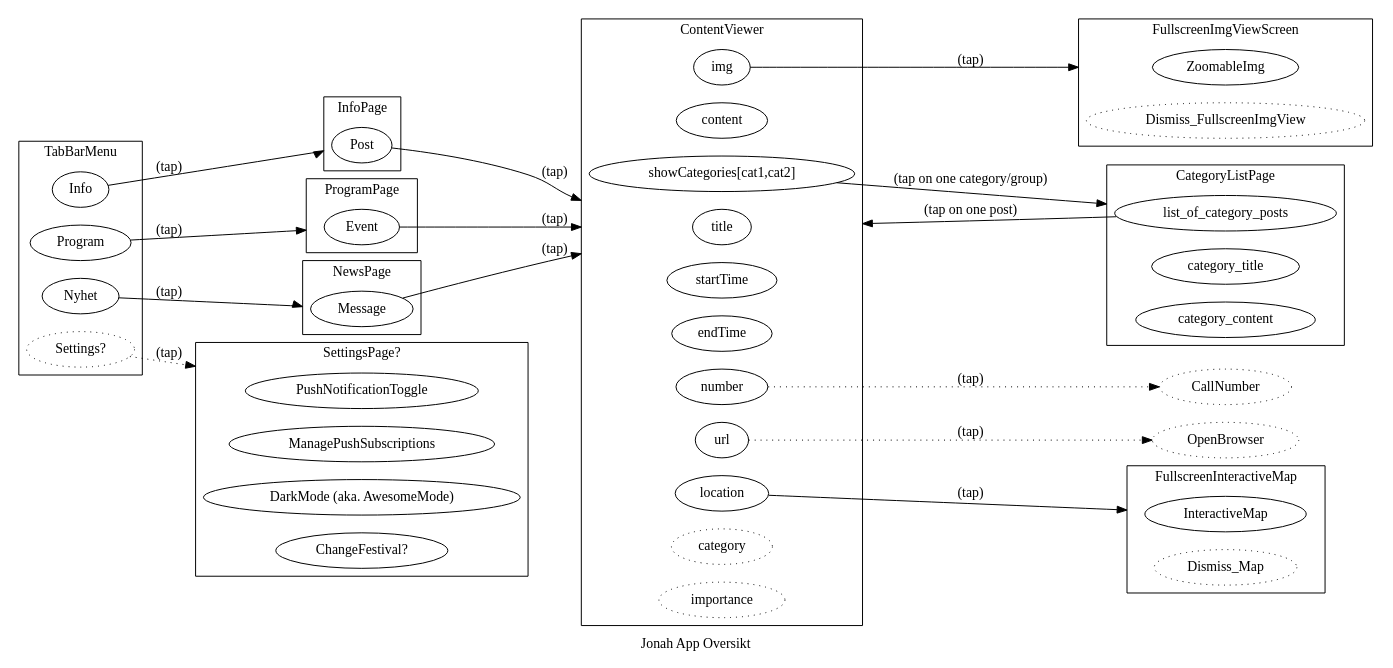
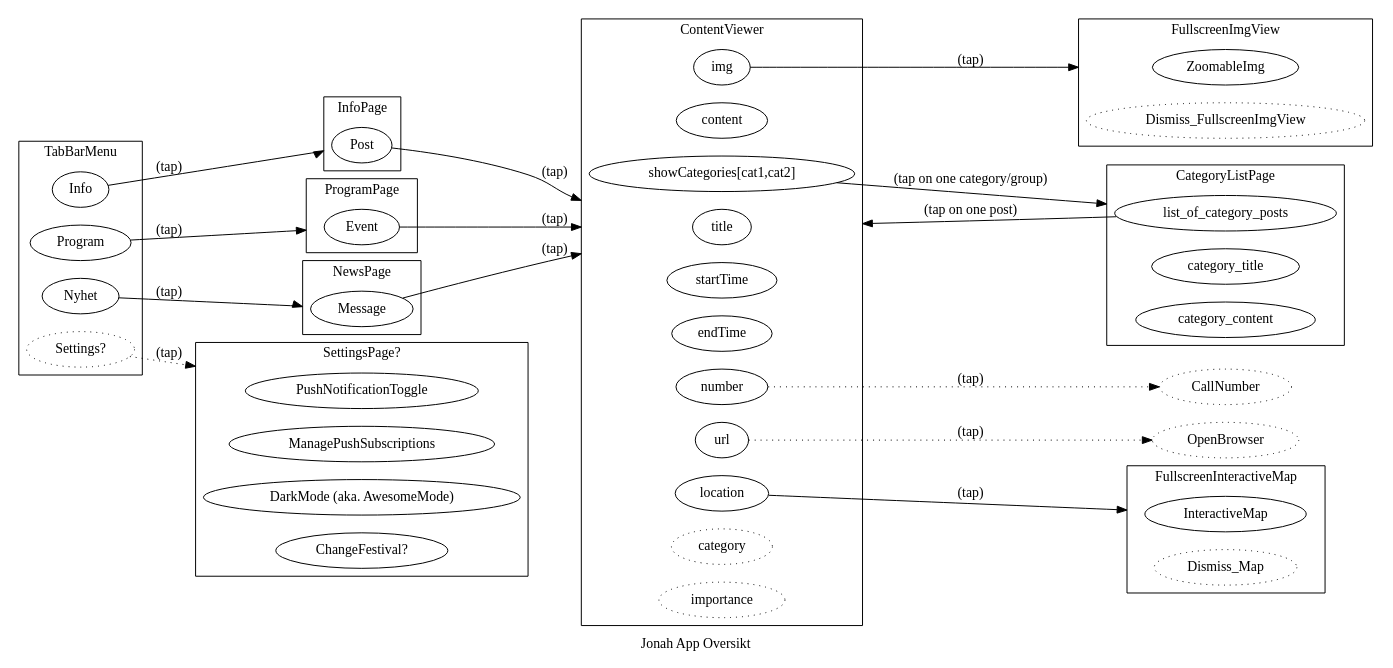
The diagram in app-overview.dot (kodekameratene/Oase), drawn with Graphviz before and after one commit.

Commit message:
update naming

```diff
--- a/app-overview.dot
+++ b/app-overview.dot
@@ -1,85 +1,85 @@
 digraph jonah {
     label = "Jonah App Oversikt" 
     rankdir=LR 
     compound=true
     subgraph cluster_menu{
         label = TabBarMenu
         Info
         Program
         Nyhet
         "Settings?"[style=dotted]
     } 
     Info->Post[lhead=cluster_InfoPage,label="(tap)"];
     Program->Event[lhead=cluster_ProgramPage,label="(tap)"]
     Nyhet->Message[lhead=cluster_NewsPage,label="(tap)"]
     "Settings?"-> PushNotificationToggle[lhead=cluster_SettingsPage,label="(tap)",style=dotted]
   
     subgraph cluster_NewsPage{
         label=NewsPage
         Message
     }
     Message->title[lhead=cluster_ContentViewer,label="(tap)"]
 
     subgraph cluster_ProgramPage{
         label=ProgramPage
         Event
     }
     Event->title[lhead=cluster_ContentViewer,label="(tap)"]
     
     subgraph cluster_InfoPage{
         label=InfoPage
         Post
     }
     Post->title[lhead=cluster_ContentViewer,label="(tap)"]
 
     subgraph cluster_ContentViewer{
         label = ContentViewer
         title
         content
         img
         "showCategories[cat1,cat2]"
         startTime
         endTime
         number
         url
         location
         category[style=dotted]
         importance[style=dotted]
     }
     number -> CallNumber[style=dotted,label="(tap)"]
     CallNumber[style=dotted]
     url -> OpenBrowser[style=dotted,label="(tap)"]
     OpenBrowser[style=dotted]
     location -> InteractiveMap[lhead=cluster_FullscreenInteractiveMap,label="(tap)"]
-    img -> ZoomableImg[lhead=cluster_FullscreenImgViewScreen,label="(tap)"]
+    img -> ZoomableImg[lhead=cluster_FullscreenImgView,label="(tap)"]
     "showCategories[cat1,cat2]"-> list_of_category_posts[lhead=cluster_CategoryListPage,label="(tap on one category/group)"]
     
-    subgraph cluster_FullscreenImgViewScreen{
-        label = "FullscreenImgViewScreen"
+    subgraph cluster_FullscreenImgView{
+        label = "FullscreenImgView"
         ZoomableImg
         Dismiss_FullscreenImgView[style=dotted]
     }
     
     subgraph cluster_FullscreenInteractiveMap{
         label = "FullscreenInteractiveMap"
         InteractiveMap
         Dismiss_Map[style=dotted]
     }
 
     subgraph cluster_SettingsPage{
         label="SettingsPage?"
         PushNotificationToggle
         ManagePushSubscriptions
         "DarkMode (aka. AwesomeMode)"
         "ChangeFestival?"
     }
 
     subgraph cluster_CategoryListPage{
         label="CategoryListPage"
         category_title
         category_content
         list_of_category_posts
     }
     list_of_category_posts->title[lhead=cluster_ContentViewer,label="(tap on one post)"]
 
 }
```
